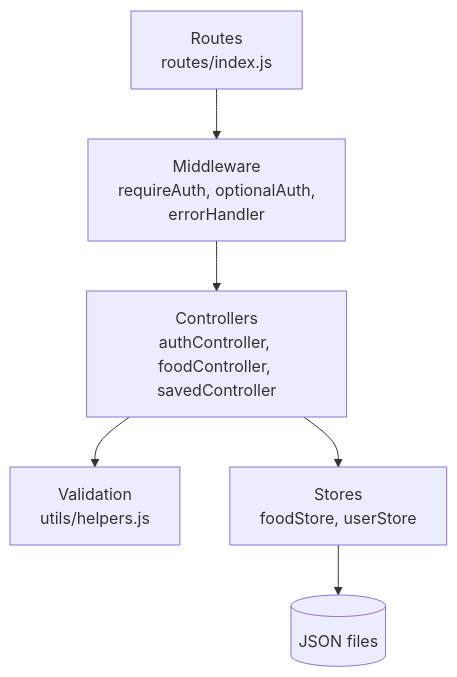
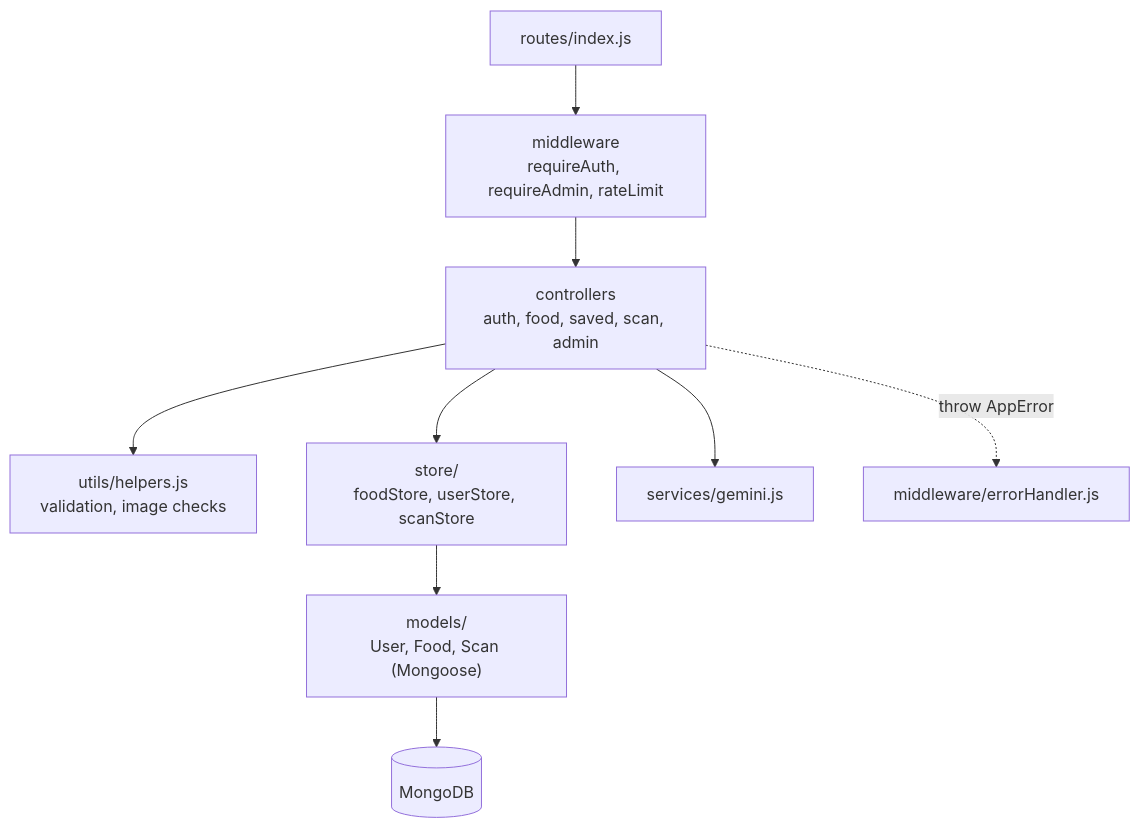
The second of 6 diagrams in PROJECT_STATUS.md (sheershh/ShelfLife), drawn with Mermaid before and after one commit. The commit also changed other lines of this file and 75 other files, not shown here.

First line of the commit message:
ShelfLife 2.0: MongoDB Atlas, AI freshness scanner, admin console, redesign

````diff
--- a/PROJECT_STATUS.md
+++ b/PROJECT_STATUS.md
@@ -70,8 +87,11 @@
 ```mermaid
 flowchart TB
-    R["Routes<br/>routes/index.js"] --> M["Middleware<br/>requireAuth, optionalAuth,<br/>errorHandler"]
-    M --> C["Controllers<br/>authController, foodController, savedController"]
-    C --> V["Validation<br/>utils/helpers.js"]
-    C --> S["Stores<br/>foodStore, userStore"]
-    S --> D[("JSON files")]
+    R["routes/index.js"] --> MW["middleware<br/>requireAuth, requireAdmin, rateLimit"]
+    MW --> C["controllers<br/>auth, food, saved, scan, admin"]
+    C --> V["utils/helpers.js<br/>validation, image checks"]
+    C --> S["store/<br/>foodStore, userStore, scanStore"]
+    C --> AI["services/gemini.js"]
+    S --> MO["models/<br/>User, Food, Scan (Mongoose)"]
+    MO --> DB[("MongoDB")]
+    C -. "throw AppError" .-> EH["middleware/errorHandler.js"]
 ```
````
